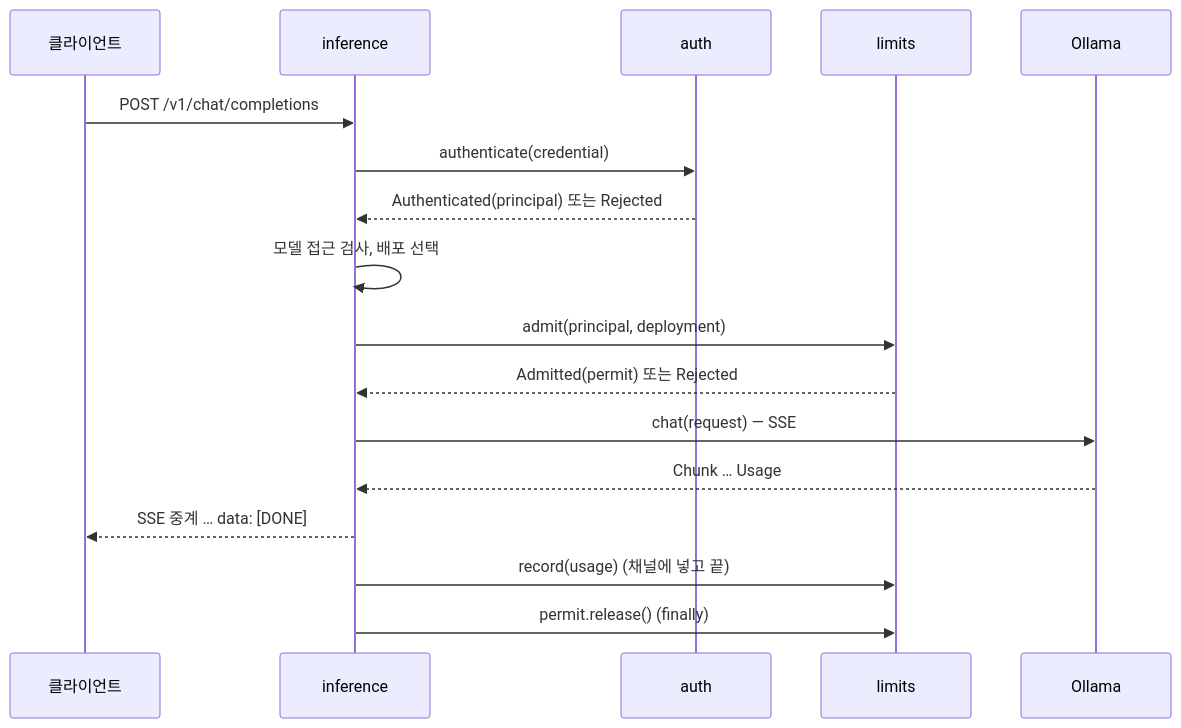
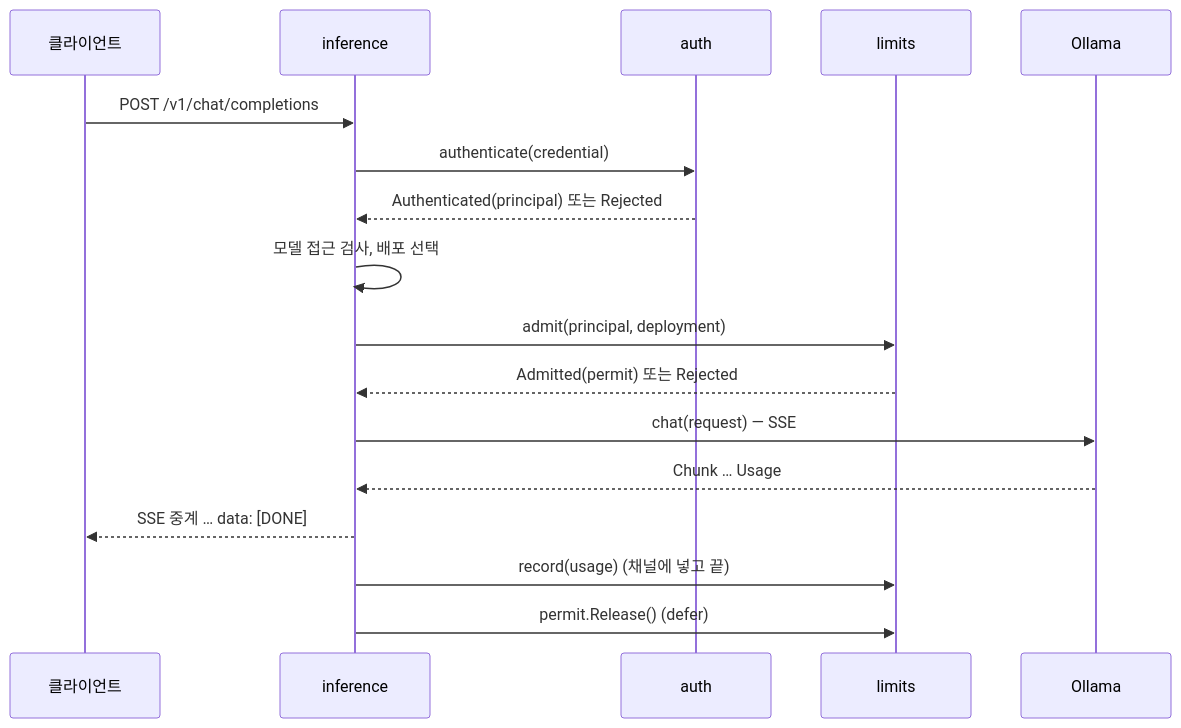
Before and after one commit to kim-taehan/lite-harness-llm-gateway: the diagram in GATEWAY_DESIGN.md, drawn with Mermaid. The commit also changed other lines of this file and 43 other files, not shown here.

````diff
--- a/GATEWAY_DESIGN.md
+++ b/GATEWAY_DESIGN.md
@@ -171,19 +165,19 @@
 ```mermaid
 sequenceDiagram
     participant C as 클라이언트
     participant I as inference
     participant A as auth
     participant L as limits
     participant O as Ollama
     C->>I: POST /v1/chat/completions
     I->>A: authenticate(credential)
     A-->>I: Authenticated(principal) 또는 Rejected
     I->>I: 모델 접근 검사, 배포 선택
     I->>L: admit(principal, deployment)
     L-->>I: Admitted(permit) 또는 Rejected
     I->>O: chat(request) — SSE
     O-->>I: Chunk … Usage
     I-->>C: SSE 중계 … data: [DONE]
     I->>L: record(usage)  (채널에 넣고 끝)
-    I->>L: permit.release()  (finally)
+    I->>L: permit.Release()  (defer)
 ```
````
